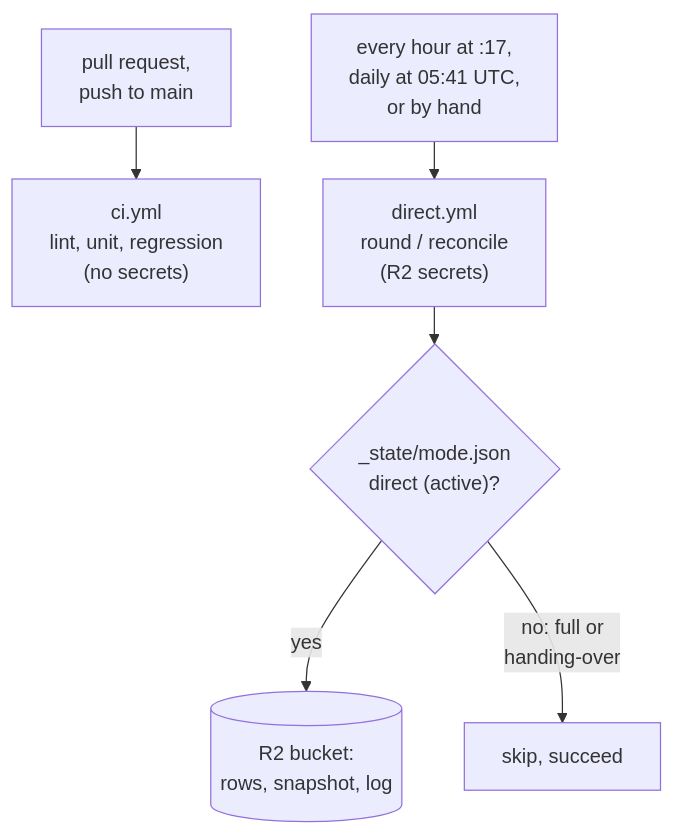
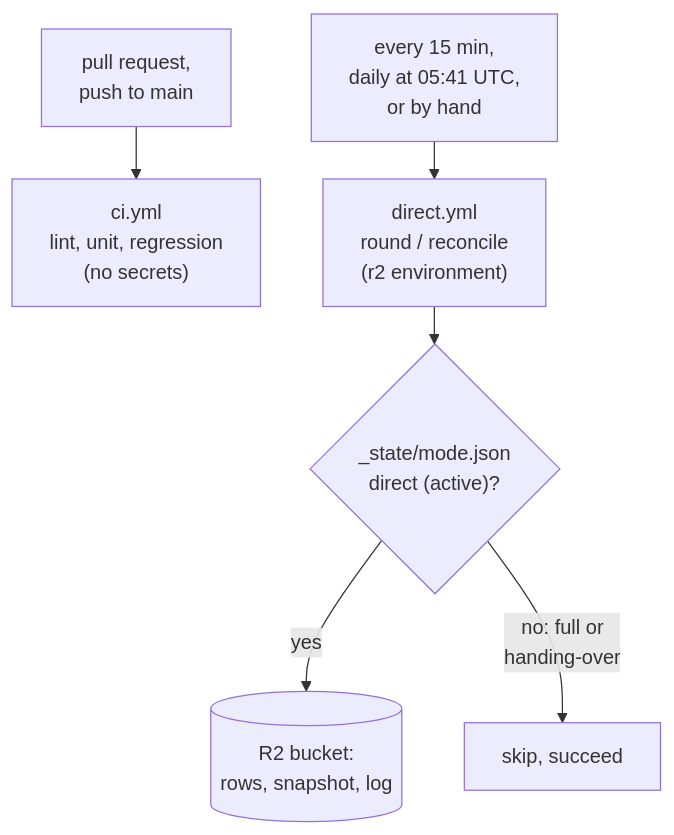
One commit to dienarvaez1/earth-hub changed the diagram in docs/technical/ci.md. Above: the diagram before and after it, drawn with Mermaid. The commit also changed other lines of this file and 30 other files, not shown here.

First line of the commit message:
feat: MIT license, release script, direct mode every 15 minutes, no preview label; DEF-051 (#38)

````diff
--- a/docs/technical/ci.md
+++ b/docs/technical/ci.md
@@ -7,9 +7,9 @@
 ```mermaid
 %%{init: {"flowchart": {"rankSpacing": 30, "nodeSpacing": 50}}}%%
 flowchart TB
     pr["pull request,<br/>push to main"] --> ci["ci.yml<br/>lint, unit, regression<br/>(no secrets)"]
-    cron["every hour at :17,<br/>daily at 05:41 UTC,<br/>or by hand"] --> direct["direct.yml<br/>round / reconcile<br/>(R2 secrets)"]
+    cron["every 15 min,<br/>daily at 05:41 UTC,<br/>or by hand"] --> direct["direct.yml<br/>round / reconcile<br/>(r2 environment)"]
     direct --> check{"_state/mode.json<br/>direct (active)?"}
     check -- yes --> r2[("R2 bucket:<br/>rows, snapshot, log")]
     check -- "no: full or<br/>handing-over" --> skip["skip, succeed"]
 ```
````
